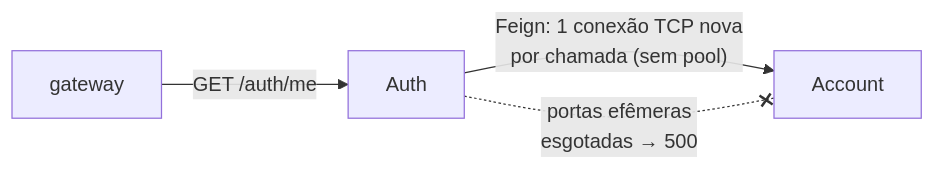
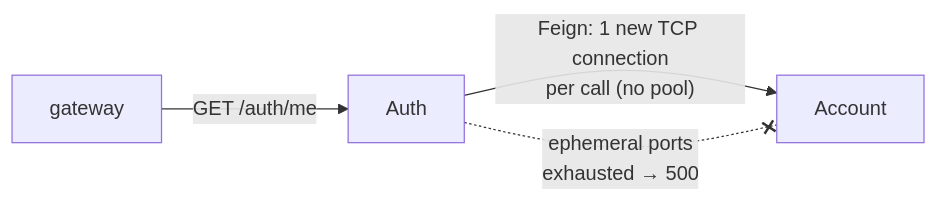
One commit to pna26/platform changed the second of 2 diagrams in docs/devops/load-testing.md. Above: the diagram before and after it, drawn with Mermaid. The commit also changed other lines of this file and 55 other files, not shown here.

````diff
--- a/docs/devops/load-testing.md
+++ b/docs/devops/load-testing.md
@@ -125,6 +125,6 @@
 ``` mermaid
 flowchart LR
     gw[gateway] -->|"GET /auth/me"| auth[Auth]
-    auth -->|"Feign: 1 conexão TCP nova<br/>por chamada (sem pool)"| acc[Account]
-    auth -.-x|"portas efêmeras<br/>esgotadas → 500"| acc
+    auth -->|"Feign: 1 new TCP connection<br/>per call (no pool)"| acc[Account]
+    auth -.-x|"ephemeral ports<br/>exhausted → 500"| acc
 ```
````
